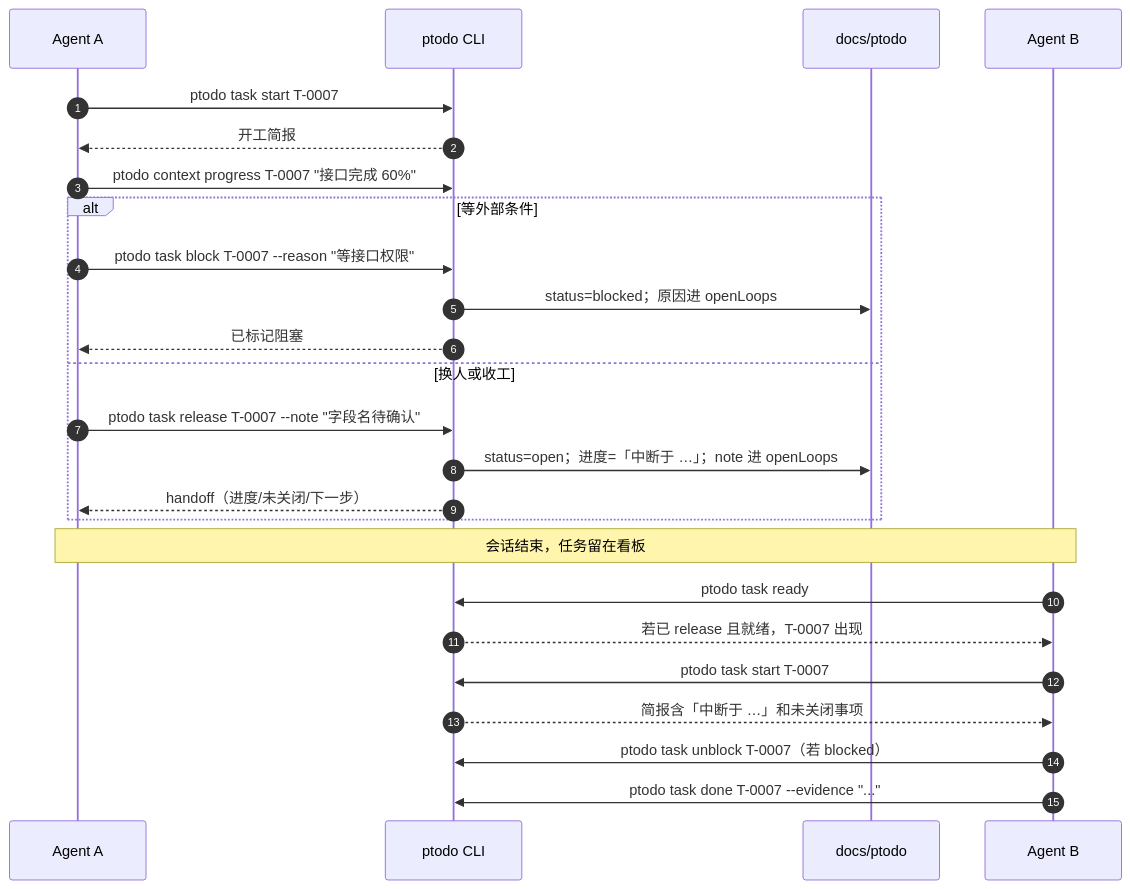
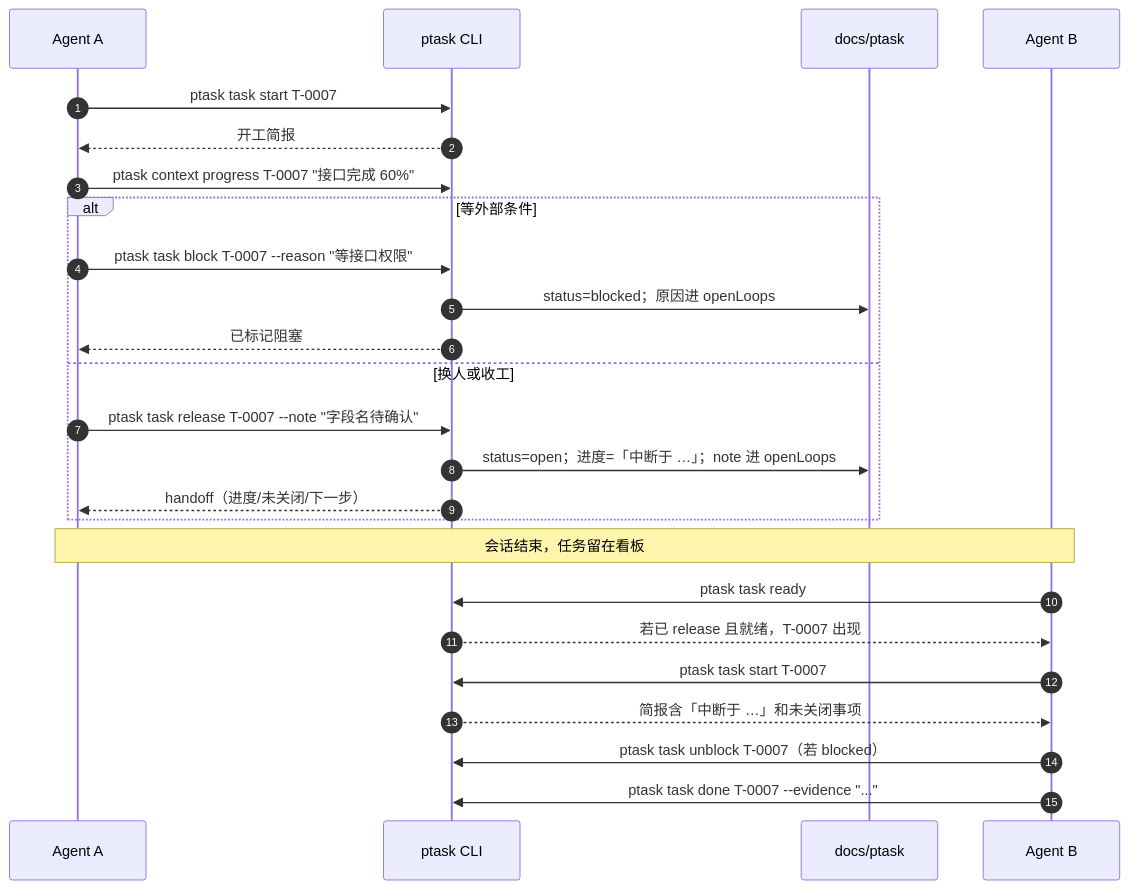
One commit to OptimisticGeek/dsh-project-todo changed the third of 5 diagrams in docs/HELP.md. Above: the diagram before and after it, drawn with Mermaid. The commit also changed other lines of this file and 93 other files, not shown here.

First line of the commit message:
refactor!: 更名为 dsh-project-task（ptask CLI、docs/ptask、project-task-board 技能）

````diff
--- a/docs/HELP.md
+++ b/docs/HELP.md
@@ -306,28 +306,28 @@
 ```mermaid
 sequenceDiagram
   autonumber
   participant A as Agent A
-  participant P as ptodo CLI
-  participant F as docs/ptodo
+  participant P as ptask CLI
+  participant F as docs/ptask
   participant B as Agent B
 
-  A->>P: ptodo task start T-0007
+  A->>P: ptask task start T-0007
   P-->>A: 开工简报
-  A->>P: ptodo context progress T-0007 "接口完成 60%"
+  A->>P: ptask context progress T-0007 "接口完成 60%"
   alt 等外部条件
-    A->>P: ptodo task block T-0007 --reason "等接口权限"
+    A->>P: ptask task block T-0007 --reason "等接口权限"
     P->>F: status=blocked；原因进 openLoops
     P-->>A: 已标记阻塞
   else 换人或收工
-    A->>P: ptodo task release T-0007 --note "字段名待确认"
+    A->>P: ptask task release T-0007 --note "字段名待确认"
     P->>F: status=open；进度=「中断于 …」；note 进 openLoops
     P-->>A: handoff（进度/未关闭/下一步）
   end
   Note over A,B: 会话结束，任务留在看板
-  B->>P: ptodo task ready
+  B->>P: ptask task ready
   P-->>B: 若已 release 且就绪，T-0007 出现
-  B->>P: ptodo task start T-0007
+  B->>P: ptask task start T-0007
   P-->>B: 简报含「中断于 …」和未关闭事项
-  B->>P: ptodo task unblock T-0007（若 blocked）
-  B->>P: ptodo task done T-0007 --evidence "..."
+  B->>P: ptask task unblock T-0007（若 blocked）
+  B->>P: ptask task done T-0007 --evidence "..."
 ```
````
